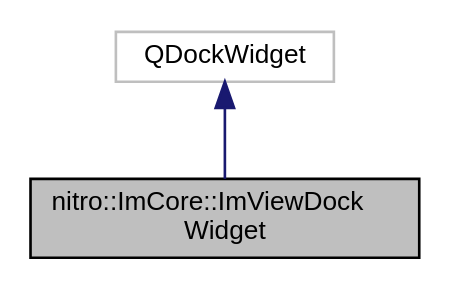
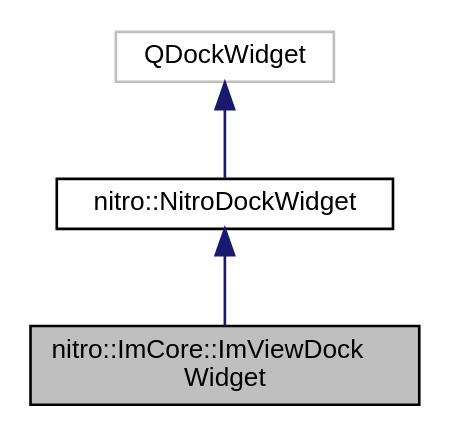
Before and after one commit to BugelNiels/nitro: the diagram in da/de2/classnitro_1_1ImCore_1_1ImViewDockWidget__inherit__graph.dot, drawn with Graphviz. The commit also changed 458 other files, not shown here.

```diff
--- a/da/de2/classnitro_1_1ImCore_1_1ImViewDockWidget__inherit__graph.dot
+++ b/da/de2/classnitro_1_1ImCore_1_1ImViewDockWidget__inherit__graph.dot
@@ -1,9 +1,11 @@
 digraph "nitro::ImCore::ImViewDockWidget"
 {
  // LATEX_PDF_SIZE
   edge [fontname="Helvetica",fontsize="10",labelfontname="Helvetica",labelfontsize="10"];
   node [fontname="Helvetica",fontsize="10",shape=record];
   Node1 [label="nitro::ImCore::ImViewDock\lWidget",height=0.2,width=0.4,color="black", fillcolor="grey75", style="filled", fontcolor="black",tooltip=" "];
   Node2 -> Node1 [dir="back",color="midnightblue",fontsize="10",style="solid",fontname="Helvetica"];
-  Node2 [label="QDockWidget",height=0.2,width=0.4,color="grey75", fillcolor="white", style="filled",tooltip=" "];
+  Node2 [label="nitro::NitroDockWidget",height=0.2,width=0.4,color="black", fillcolor="white", style="filled",URL="$de/df7/classnitro_1_1NitroDockWidget.html",tooltip="Dock widget used for custom GUI widgets. Provides basic functionality for constructing a (consistent)..."];
+  Node3 -> Node2 [dir="back",color="midnightblue",fontsize="10",style="solid",fontname="Helvetica"];
+  Node3 [label="QDockWidget",height=0.2,width=0.4,color="grey75", fillcolor="white", style="filled",tooltip=" "];
 }
```
